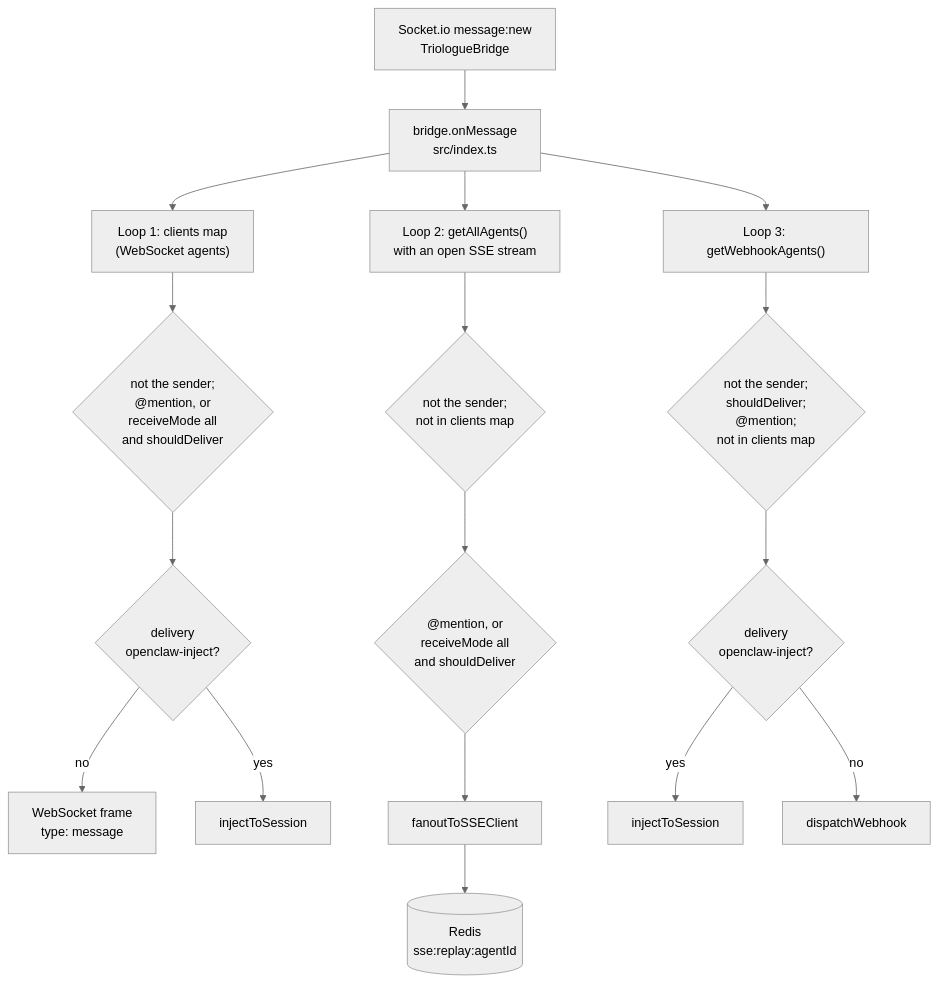
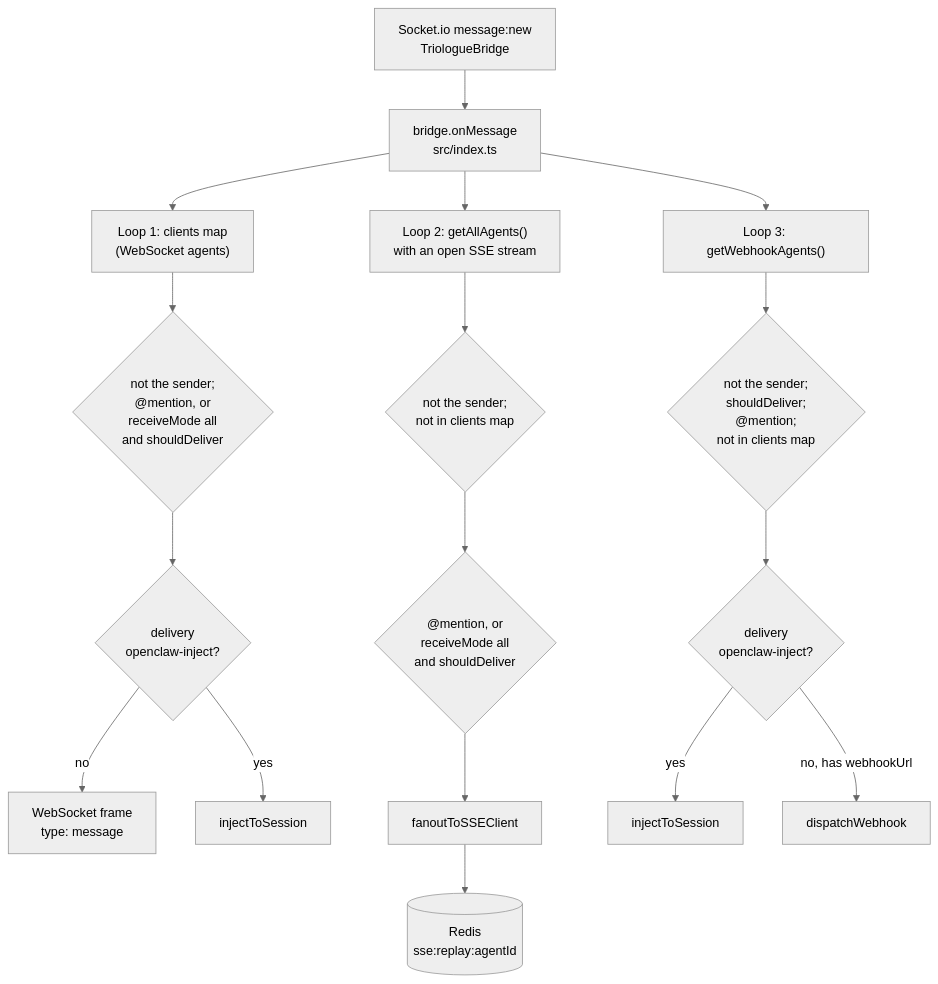
Before and after one commit to LanNguyenSi/triologue-agent-gateway: the diagram in docs/okf/message-delivery-routing.md, drawn with Mermaid (neutral theme). The commit also changed other lines of this file and 3 other files, not shown here.

````diff
--- a/docs/okf/message-delivery-routing.md
+++ b/docs/okf/message-delivery-routing.md
@@ -46,19 +46,19 @@
 ```mermaid
 flowchart TD
   IN["Socket.io message:new<br/>TriologueBridge"] --> CB["bridge.onMessage<br/>src/index.ts"]
   CB --> L1["Loop 1: clients map<br/>(WebSocket agents)"]
   CB --> L2["Loop 2: getAllAgents()<br/>with an open SSE stream"]
   CB --> L3["Loop 3: getWebhookAgents()"]
   L1 --> F1{"not the sender;<br/>@mention, or<br/>receiveMode all<br/>and shouldDeliver"}
   F1 --> D1{"delivery<br/>openclaw-inject?"}
   D1 -->|no| WSF["WebSocket frame<br/>type: message"]
   D1 -->|yes| INJ1["injectToSession"]
   L2 --> F2{"not the sender;<br/>not in clients map"}
   F2 --> G2{"@mention, or<br/>receiveMode all<br/>and shouldDeliver"}
   G2 --> SSE["fanoutToSSEClient"]
   SSE --> RB[("Redis<br/>sse:replay:agentId")]
   L3 --> F3{"not the sender;<br/>shouldDeliver;<br/>@mention;<br/>not in clients map"}
   F3 --> D3{"delivery<br/>openclaw-inject?"}
   D3 -->|yes| INJ3["injectToSession"]
-  D3 -->|no| WH["dispatchWebhook"]
+  D3 -->|no, has webhookUrl| WH["dispatchWebhook"]
 ```
````
